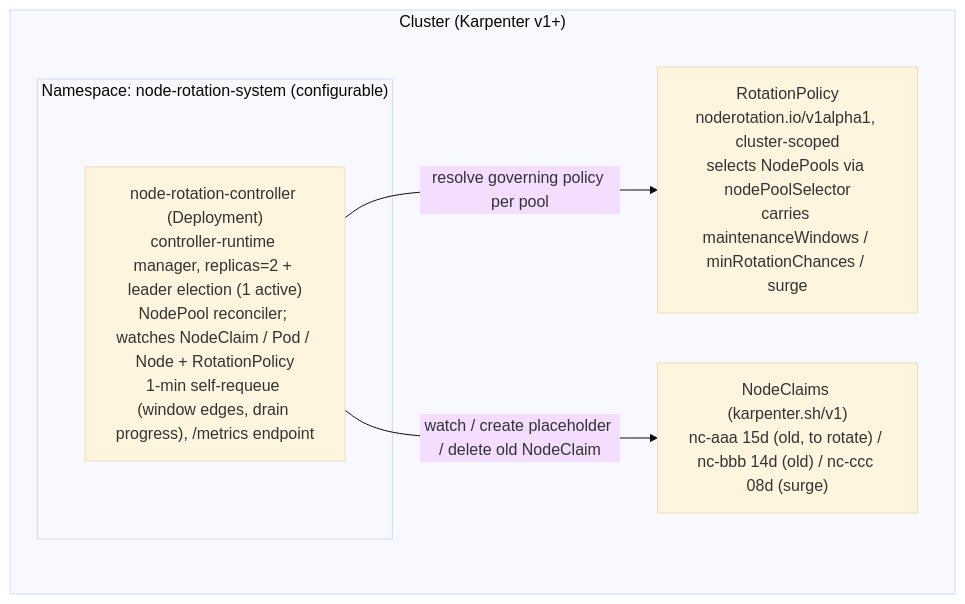
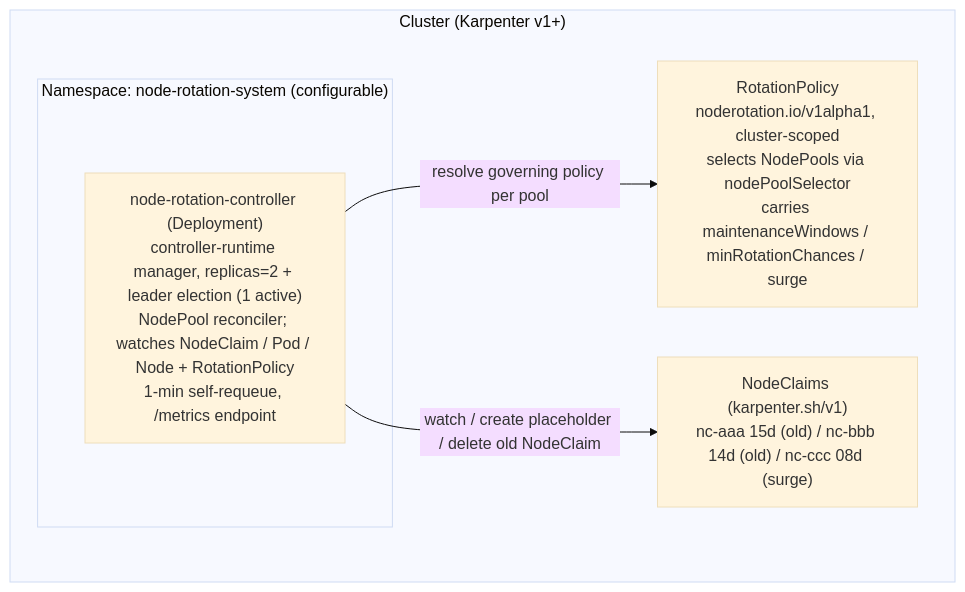
One commit to AkashiSN/node-rotation-controller changed the first of 3 diagrams in docs/specification/05-implementation.md. Above: the diagram before and after it, drawn with Mermaid (base theme). The commit also changed other lines of this file and 37 other files, not shown here.

````diff
--- a/docs/specification/05-implementation.md
+++ b/docs/specification/05-implementation.md
@@ -5,12 +9,12 @@
 ```mermaid
 flowchart TD
     subgraph cluster["Cluster (Karpenter v1+)"]
         subgraph ns["Namespace: node-rotation-system (configurable)"]
-            ctrl["node-rotation-controller (Deployment)<br/>controller-runtime manager, replicas=2 + leader election (1 active)<br/>NodePool reconciler; watches NodeClaim / Pod / Node + RotationPolicy<br/>1-min self-requeue (window edges, drain progress), /metrics endpoint"]
+            ctrl["node-rotation-controller (Deployment)<br/>controller-runtime manager, replicas=2 + leader election (1 active)<br/>NodePool reconciler; watches NodeClaim / Pod / Node + RotationPolicy<br/>1-min self-requeue, /metrics endpoint"]
         end
         rp["RotationPolicy<br/>noderotation.io/v1alpha1, cluster-scoped<br/>selects NodePools via nodePoolSelector<br/>carries maintenanceWindows / minRotationChances / surge"]
-        nc["NodeClaims (karpenter.sh/v1)<br/>nc-aaa 15d (old, to rotate) / nc-bbb 14d (old) / nc-ccc 08d (surge)"]
+        nc["NodeClaims (karpenter.sh/v1)<br/>nc-aaa 15d (old) / nc-bbb 14d (old) / nc-ccc 08d (surge)"]
     end
     ctrl -->|"resolve governing policy per pool"| rp
     ctrl -->|"watch / create placeholder / delete old NodeClaim"| nc
 ```
````
